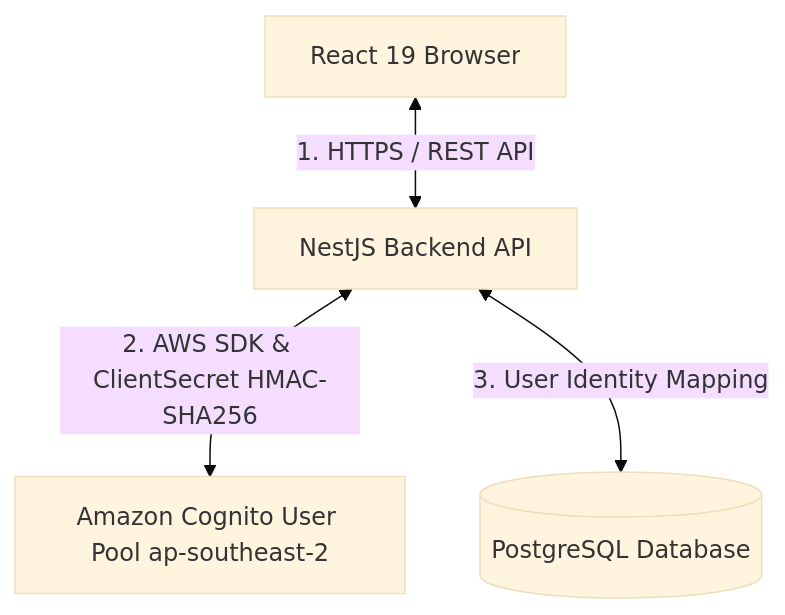
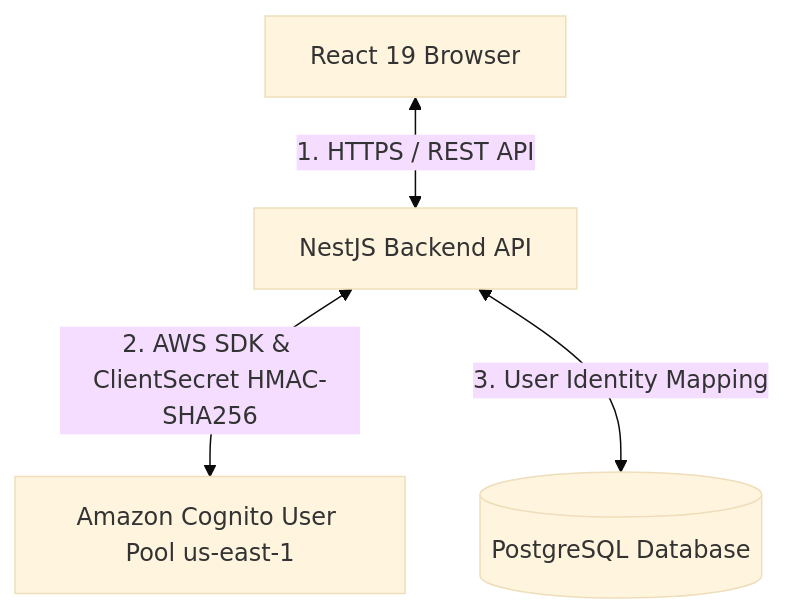
Before and after one commit to KelvinPhans/fcj-workshop: the first of 2 diagrams in content/3-BlogsPosted/3.1-Blog1/_index.vi.md, drawn with Mermaid (base theme). The commit also changed other lines of this file and 65 other files, not shown here.

````diff
--- a/content/3-BlogsPosted/3.1-Blog1/_index.vi.md
+++ b/content/3-BlogsPosted/3.1-Blog1/_index.vi.md
@@ -25,6 +25,6 @@
 ```mermaid
 graph TD
     Client[React 19 Browser] <-->|1. HTTPS / REST API| Backend[NestJS Backend API]
-    Backend <-->|2. AWS SDK & ClientSecret HMAC-SHA256| Cognito[Amazon Cognito User Pool ap-southeast-2]
+    Backend <-->|2. AWS SDK & ClientSecret HMAC-SHA256| Cognito[Amazon Cognito User Pool us-east-1]
     Backend <-->|3. User Identity Mapping| DB[(PostgreSQL Database)]
 ```
````
